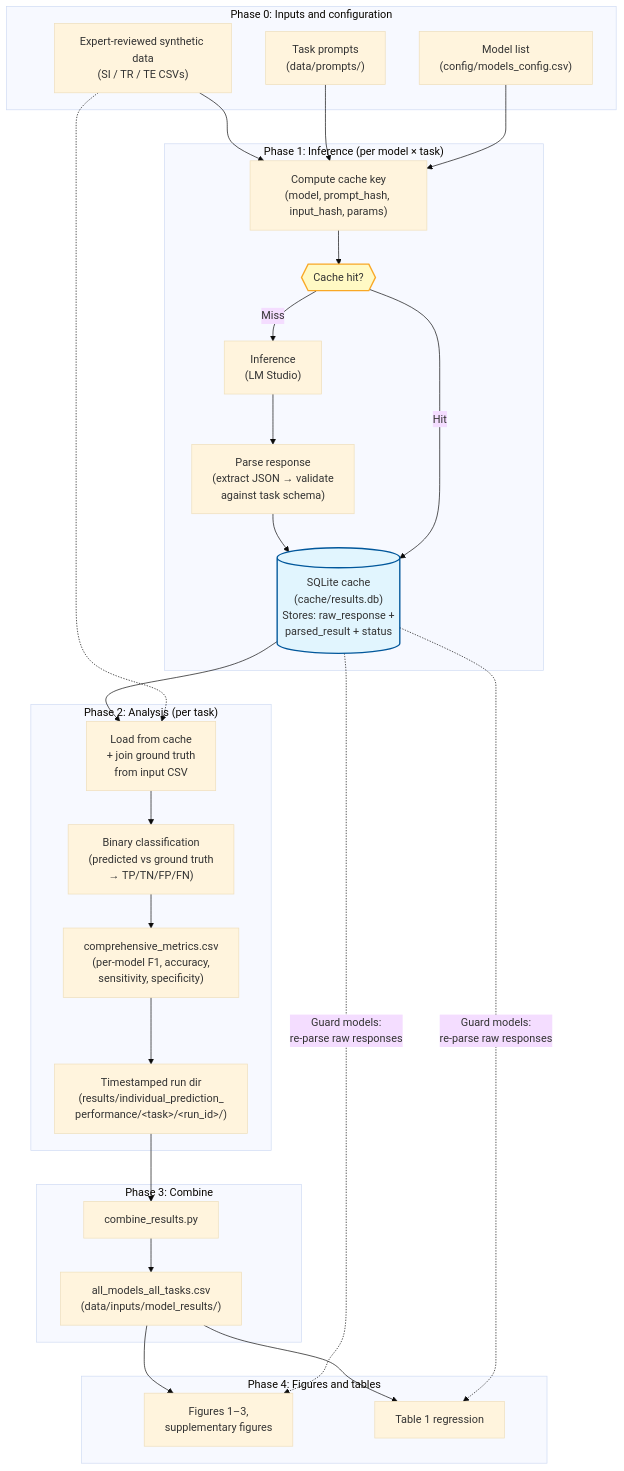
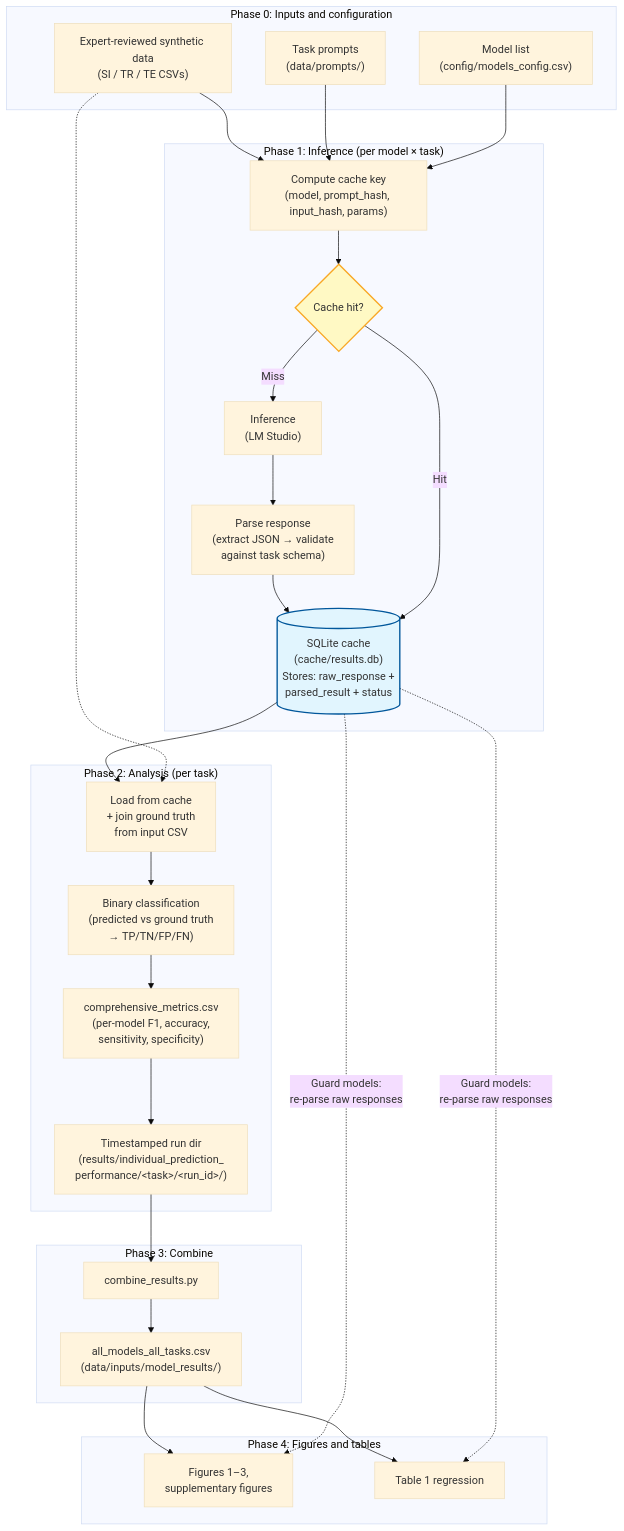
The diagram in README.md (markkalinich/mental-health-finetune-analysis), drawn with Mermaid (base theme) before and after one commit. The commit also changed 1 other file, not shown here.

Commit message:
Fix hardcoded params in data_loader; diamond shape in diagram
- data_loader.py: import EvaluationConfig and use its defaults for
  temperature/max_tokens/top_p instead of hardcoded literals. Ensures
  the analyzer computes the same cache keys as the experiment runner.
- README diagram: use single-brace diamond for cache-hit decision node.

Made-with: Cursor

````diff
--- a/README.md
+++ b/README.md
@@ -23,42 +23,42 @@
 ```mermaid
 flowchart TB
     subgraph P0["Phase 0: Inputs and configuration"]
         data["Expert-reviewed synthetic data\n(SI / TR / TE CSVs)"]
         prompts["Task prompts\n(data/prompts/)"]
         cfg["Model list\n(config/models_config.csv)"]
     end
 
     subgraph P1["Phase 1: Inference (per model × task)"]
         data --> keygen["Compute cache key\n(model, prompt_hash, input_hash, params)"]
         prompts --> keygen
         cfg --> keygen
-        keygen --> check{{"Cache hit?"}}
+        keygen --> check{"Cache hit?"}
         check -->|"Miss"| lms["Inference\n(LM Studio)"]
         lms --> parse["Parse response\n(extract JSON → validate\nagainst task schema)"]
         parse --> cache[("SQLite cache\n(cache/results.db)\nStores: raw_response +\nparsed_result + status")]
         check -->|"Hit"| cache
     end
 
     subgraph P2["Phase 2: Analysis (per task)"]
         cache --> load["Load from cache\n+ join ground truth\nfrom input CSV"]
         data -.-> load
         load --> classify["Binary classification\n(predicted vs ground truth\n→ TP/TN/FP/FN)"]
         classify --> metrics["comprehensive_metrics.csv\n(per-model F1, accuracy,\nsensitivity, specificity)"]
         metrics --> runs["Timestamped run dir\n(results/individual_prediction_\nperformance/&lt;task&gt;/&lt;run_id&gt;/)"]
     end
 
     subgraph P3["Phase 3: Combine"]
         runs --> combine["combine_results.py"]
         combine --> combined["all_models_all_tasks.csv\n(data/inputs/model_results/)"]
     end
 
     subgraph P4["Phase 4: Figures and tables"]
         combined --> figs["Figures 1–3,\nsupplementary figures"]
         combined --> tab1["Table 1 regression"]
         cache -.->|"Guard models:\nre-parse raw responses"| figs
         cache -.->|"Guard models:\nre-parse raw responses"| tab1
     end
 
     style cache fill:#e1f5fe,stroke:#01579b,stroke-width:2px
     style check fill:#fff9c4,stroke:#f9a825,stroke-width:2px
 ```
````
